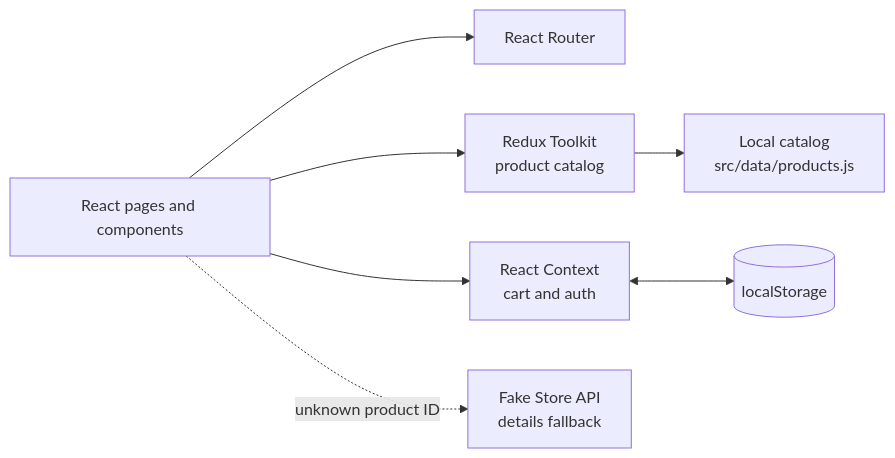
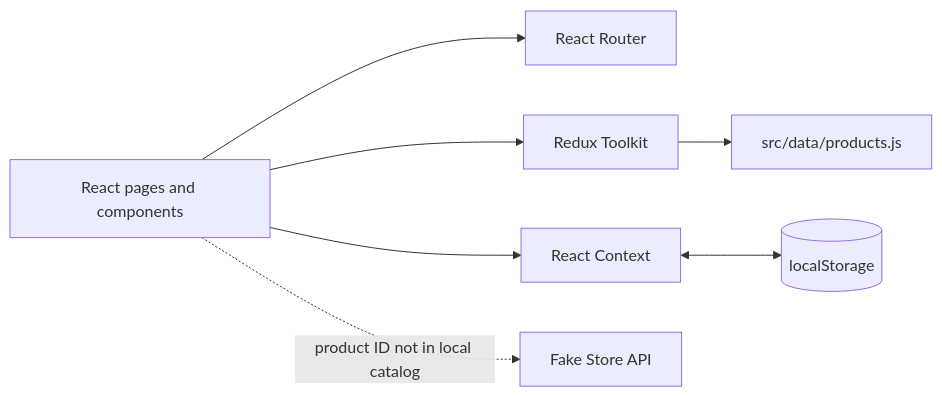
One commit to MoustafaFathalla2005/first-project-react changed the diagram in README.md. Above: the diagram before and after it, drawn with Mermaid. The commit also changed other lines of this file and 19 other files, not shown here.

````diff
--- a/README.md
+++ b/README.md
@@ -36,17 +39,17 @@
 ```mermaid
 flowchart LR
-    UI[React pages and components]
-    Router[React Router]
-    Redux[Redux Toolkit<br/>product catalog]
-    Local[Local catalog<br/>src/data/products.js]
-    Context[React Context<br/>cart and auth]
-    Storage[(localStorage)]
-    API[Fake Store API<br/>details fallback]
+    Pages[React pages and components]
+    Routes[React Router]
+    ProductState[Redux Toolkit]
+    Catalog[src/data/products.js]
+    Contexts[React Context]
+    BrowserStorage[(localStorage)]
+    RemoteAPI[Fake Store API]
 
-    UI --> Router
-    UI --> Redux
-    Redux --> Local
-    UI --> Context
-    Context <--> Storage
-    UI -. unknown product ID .-> API
+    Pages --> Routes
+    Pages --> ProductState
+    ProductState --> Catalog
+    Pages --> Contexts
+    Contexts <--> BrowserStorage
+    Pages -. product ID not in local catalog .-> RemoteAPI
 ```
````
